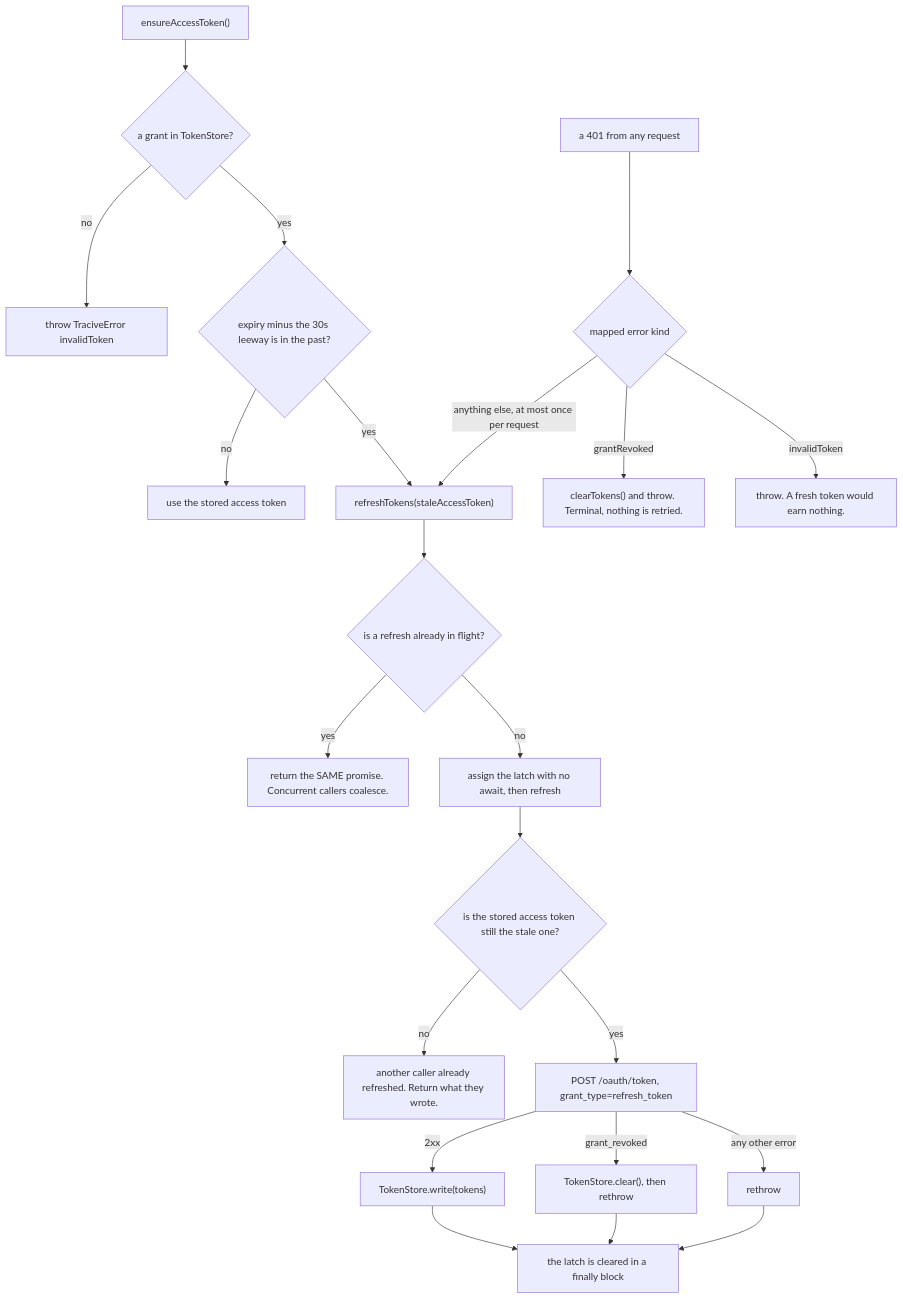
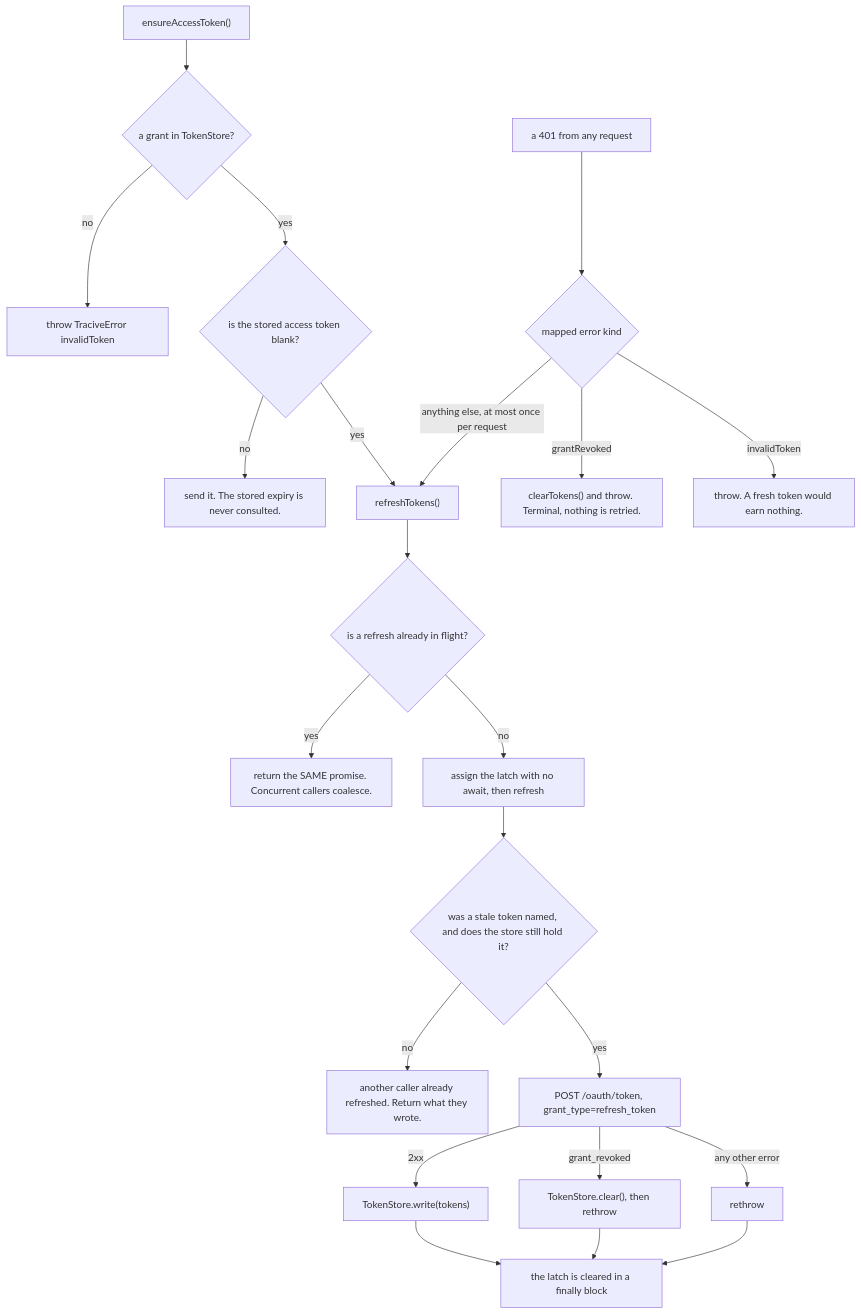
Before and after one commit to pleistocent/tracive-sdk-react-native: the third of 6 diagrams in docs/architecture.md, drawn with Mermaid. The commit also changed other lines of this file and 6 other files, not shown here.

````diff
--- a/docs/architecture.md
+++ b/docs/architecture.md
@@ -171,26 +186,26 @@
 ```mermaid
 flowchart TD
   Ensure["ensureAccessToken()"] --> Stored{"a grant in TokenStore?"}
   Stored -->|"no"| NoGrant["throw TraciveError invalidToken"]
-  Stored -->|"yes"| Expiry{"expiry minus the 30s leeway is in the past?"}
-  Expiry -->|"no"| Use["use the stored access token"]
-  Expiry -->|"yes"| Refresh["refreshTokens(staleAccessToken)"]
+  Stored -->|"yes"| Blank{"is the stored access token blank?"}
+  Blank -->|"no"| Use["send it. The stored expiry is never consulted."]
+  Blank -->|"yes"| Refresh["refreshTokens()"]
 
   Unauthorized["a 401 from any request"] --> Kind{"mapped error kind"}
   Kind -->|"grantRevoked"| Terminal["clearTokens() and throw. Terminal, nothing is retried."]
   Kind -->|"invalidToken"| Throw401["throw. A fresh token would earn nothing."]
   Kind -->|"anything else, at most once per request"| Refresh
 
   Refresh --> Latch{"is a refresh already in flight?"}
   Latch -->|"yes"| Join["return the SAME promise. Concurrent callers coalesce."]
   Latch -->|"no"| Start["assign the latch with no await, then refresh"]
-  Start --> Raced{"is the stored access token still the stale one?"}
+  Start --> Raced{"was a stale token named, and does the store still hold it?"}
   Raced -->|"no"| Already["another caller already refreshed. Return what they wrote."]
   Raced -->|"yes"| Post["POST /oauth/token, grant_type=refresh_token"]
   Post -->|"2xx"| Write["TokenStore.write(tokens)"]
   Post -->|"grant_revoked"| Revoked["TokenStore.clear(), then rethrow"]
   Post -->|"any other error"| Rethrow["rethrow"]
   Write --> Cleared["the latch is cleared in a finally block"]
   Revoked --> Cleared
   Rethrow --> Cleared
 ```
````
